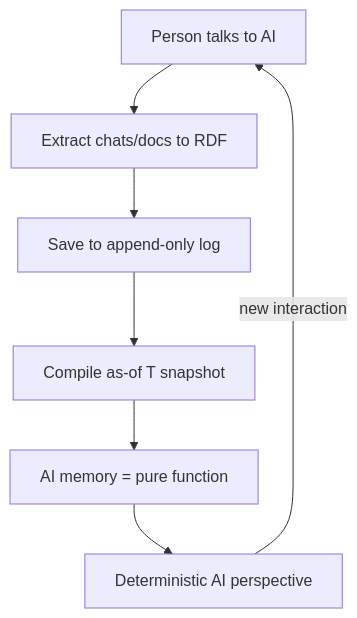
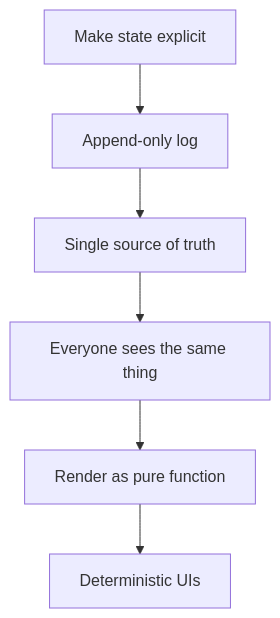
One commit to Synthetic-Identity-Co/conj-talk-2025 changed the second of 6 diagrams in conj-essay.md. Above: the diagram before and after it, drawn with Mermaid. The commit also changed other lines of this file, not shown here.

````diff
--- a/conj-essay.md
+++ b/conj-essay.md
@@ -134,9 +61,8 @@
 ```mermaid
 graph TD
-    A[Person talks to AI] --> B[Extract chats/docs to RDF]
-    B --> C[Save to append-only log]
-    C --> D[Compile as-of T snapshot]
-    D --> E[AI memory = pure function]
-    E --> F[Deterministic AI perspective]
-    F -->|new interaction| A
+    A[Make state explicit] --> B[Append-only log]
+    B --> C[Single source of truth]
+    C --> D[Everyone sees the same thing]
+    D --> E[Render as pure function]
+    E --> F[Deterministic UIs]
 ```
````
